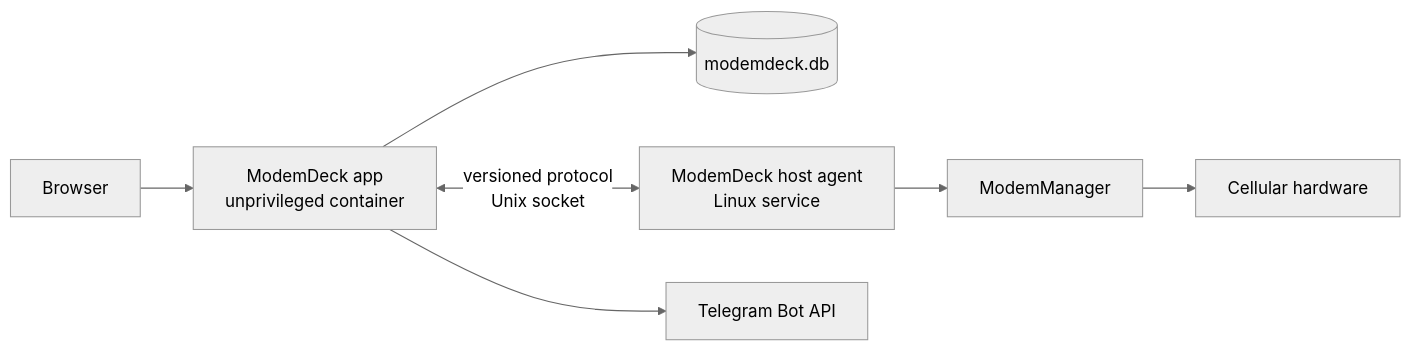
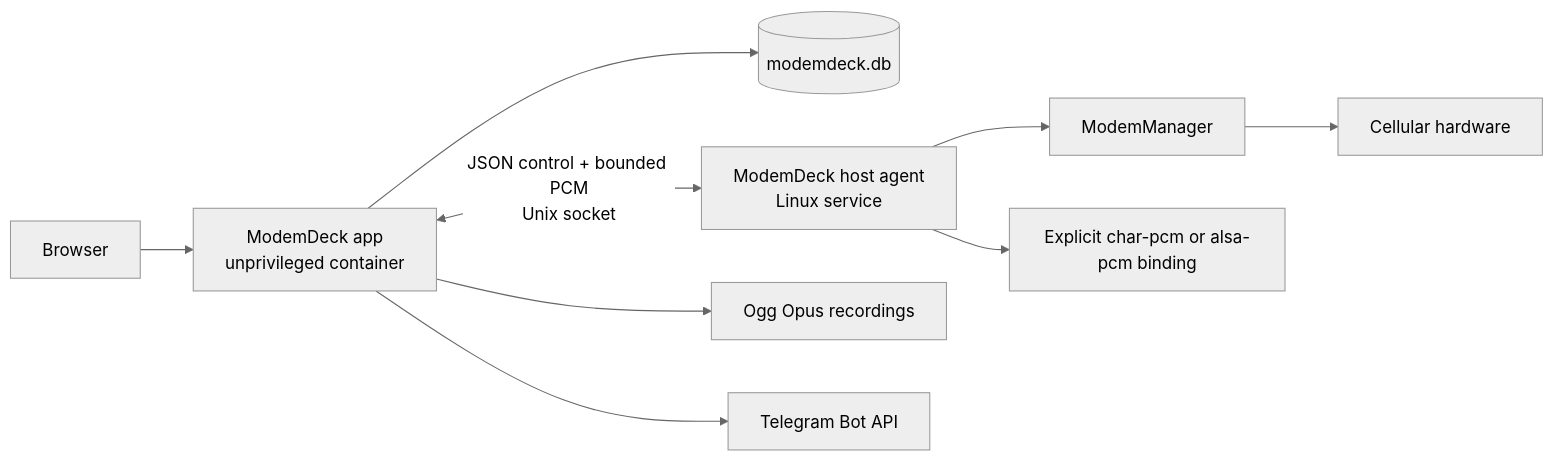
Before and after one commit to human-agent65535/ModemDeck: the diagram in README.md, drawn with Mermaid (neutral theme). The commit also changed other lines of this file, not shown here.

Commit message:
docs: define ModemDeck telephony boundaries

````diff
--- a/README.md
+++ b/README.md
@@ -141,9 +170,11 @@
 ```mermaid
 flowchart LR
     B["Browser"] --> A["ModemDeck app\nunprivileged container"]
     A --> D[("modemdeck.db")]
-    A <-->|"versioned protocol\nUnix socket"| H["ModemDeck host agent\nLinux service"]
+    A <-->|"JSON control + bounded PCM\nUnix socket"| H["ModemDeck host agent\nLinux service"]
     H --> M["ModemManager"]
     M --> X["Cellular hardware"]
+    H --> P["Explicit char-pcm or alsa-pcm binding"]
+    A --> R["Ogg Opus recordings"]
     A --> T["Telegram Bot API"]
 ```
````
